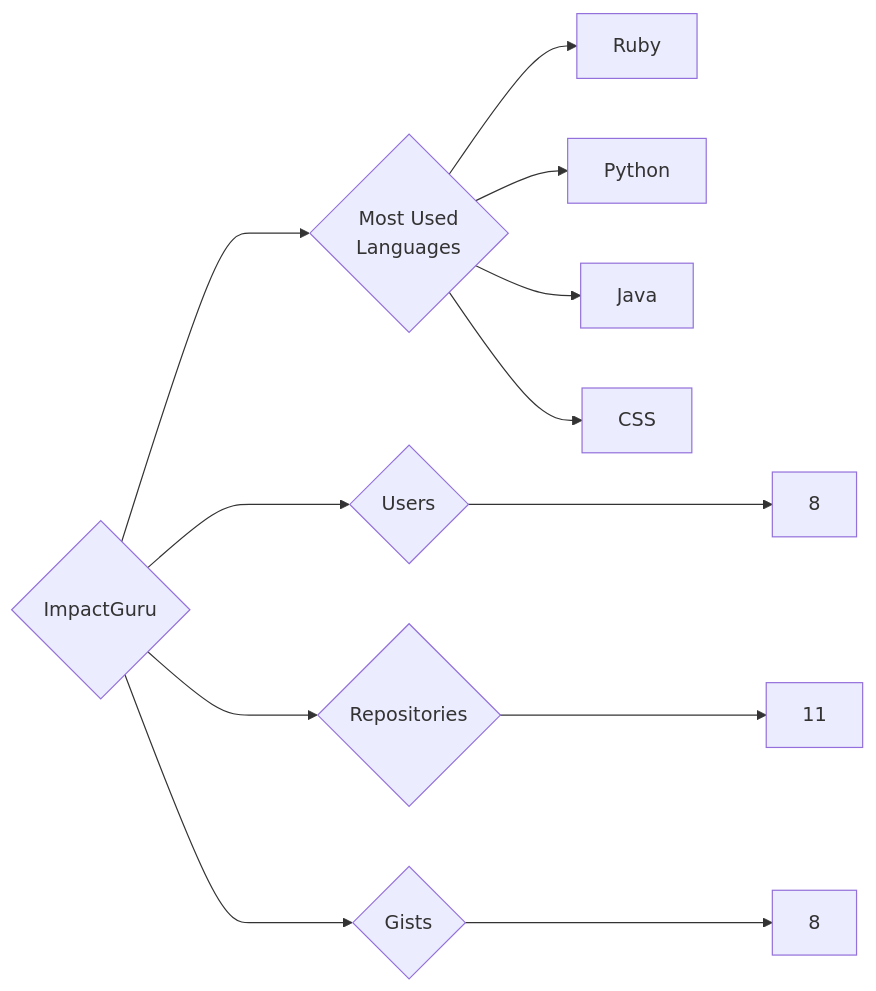
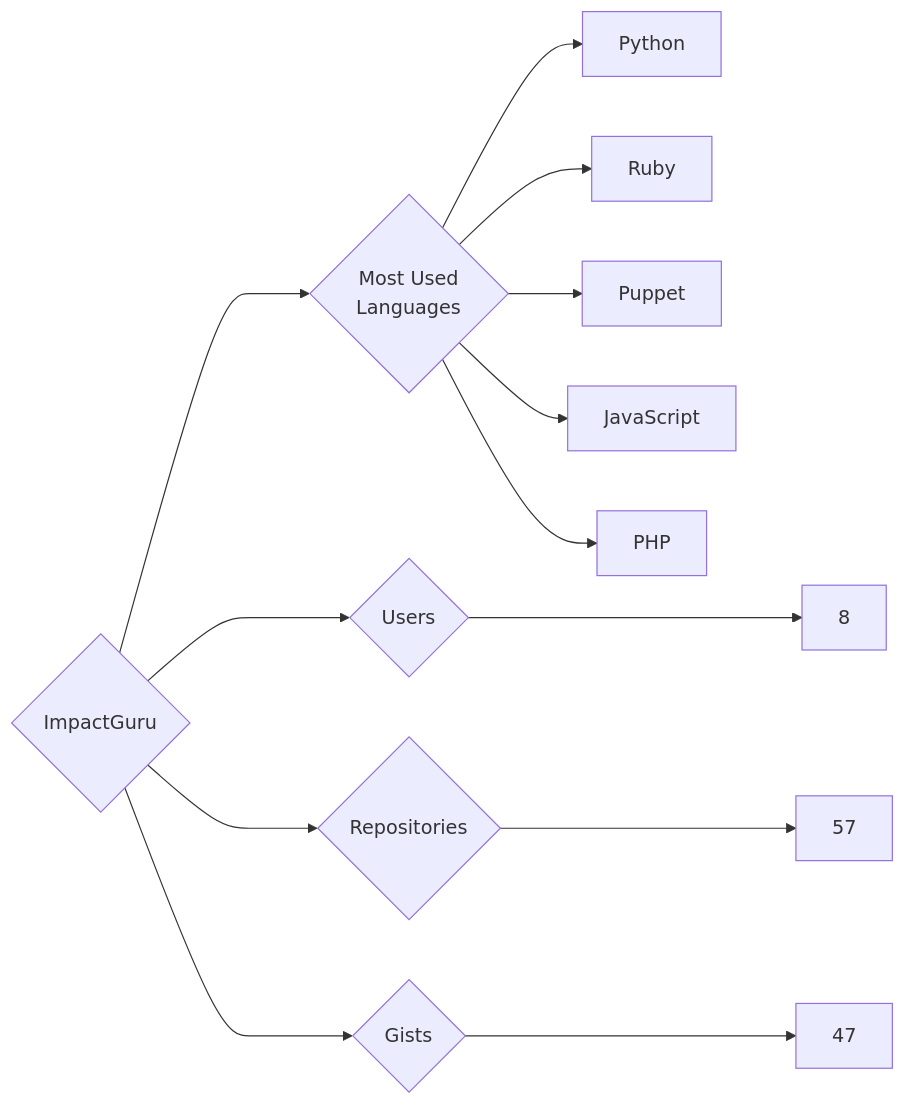
Before and after one commit to trickest/insiders: the diagram in targets/ImpactGuru/README.md, drawn with Mermaid. The commit also changed 888 other files, not shown here.

````diff
--- a/targets/ImpactGuru/README.md
+++ b/targets/ImpactGuru/README.md
@@ -3,12 +3,13 @@
 ```mermaid
 graph LR
 COMPANY_NAME{ImpactGuru}
 COMPANY_NAME ---> U{Users} ---> UN[8]
-COMPANY_NAME ---> R{Repositories} ---> RN[11]
-COMPANY_NAME ---> G{Gists} ---> GN[8]
+COMPANY_NAME ---> R{Repositories} ---> RN[57]
+COMPANY_NAME ---> G{Gists} ---> GN[47]
 COMPANY_NAME ---> ML{Most Used<br>Languages}
+ML --> Python[Python]
 ML --> Ruby[Ruby]
-ML --> Python[Python]
-ML --> Java[Java]
-ML --> CSS[CSS]
+ML --> Puppet[Puppet]
+ML --> JavaScript[JavaScript]
+ML --> PHP[PHP]
 ```
````
